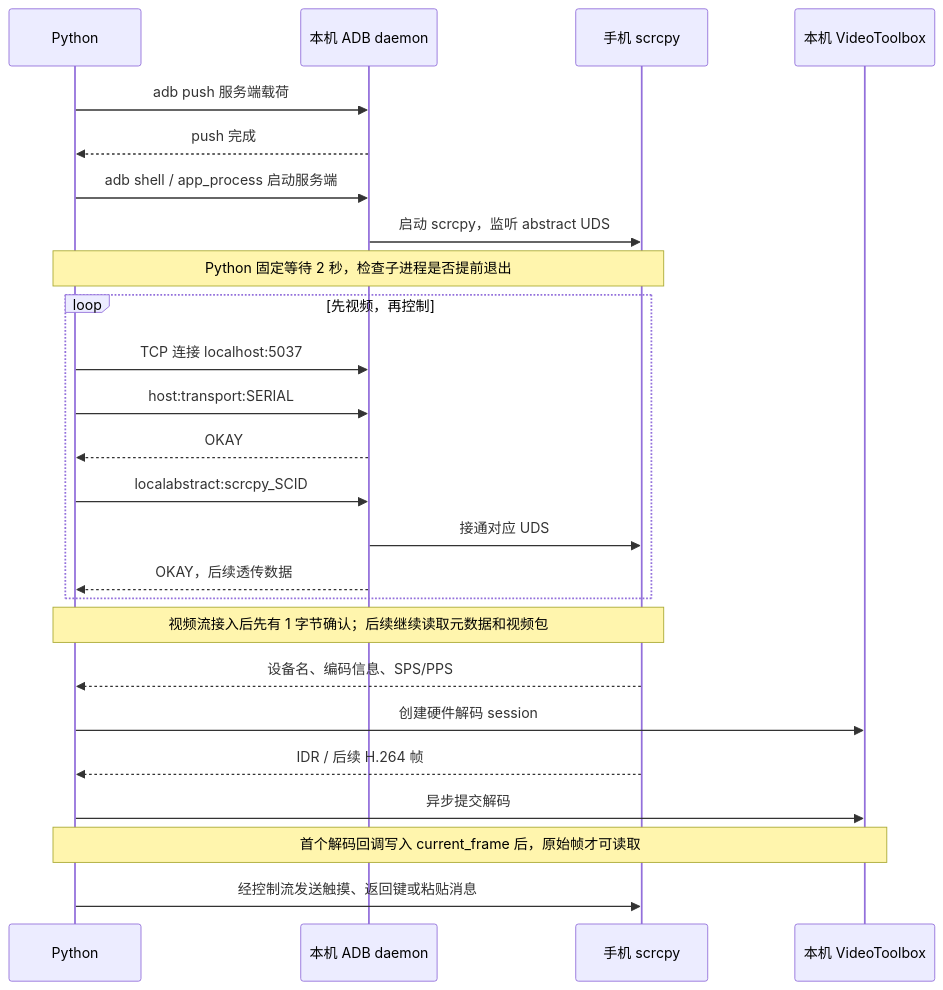
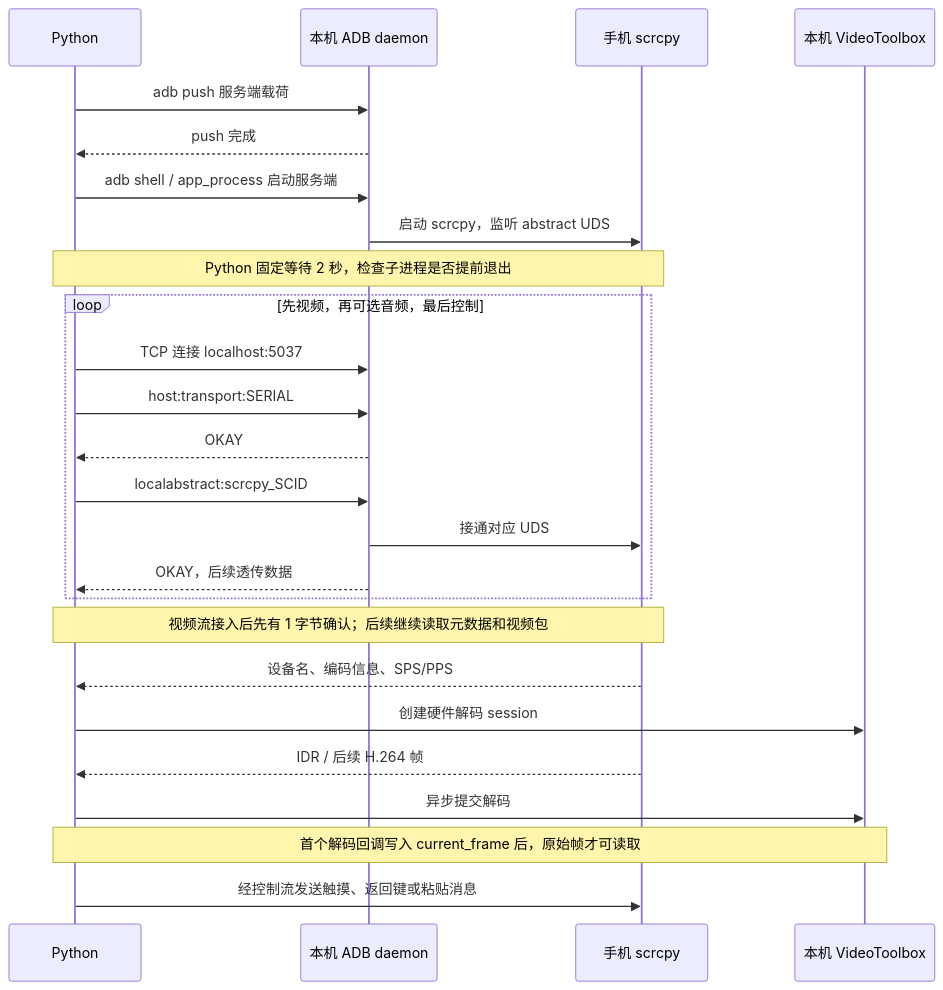
One commit to czf0613/adb_scr_py changed the second of 2 diagrams in docs/control-flow.md. Above: the diagram before and after it, drawn with Mermaid. The commit also changed other lines of this file and 31 other files, not shown here.

````diff
--- a/docs/control-flow.md
+++ b/docs/control-flow.md
@@ -52,27 +52,27 @@
 ```mermaid
 sequenceDiagram
     participant P as Python
     participant A as 本机 ADB daemon
     participant S as 手机 scrcpy
     participant D as 本机 VideoToolbox
     P->>A: adb push 服务端载荷
     A-->>P: push 完成
     P->>A: adb shell / app_process 启动服务端
     A->>S: 启动 scrcpy，监听 abstract UDS
     Note over P,S: Python 固定等待 2 秒，检查子进程是否提前退出
-    loop 先视频，再控制
+    loop 先视频，再可选音频，最后控制
         P->>A: TCP 连接 localhost:5037
         P->>A: host:transport:SERIAL
         A-->>P: OKAY
         P->>A: localabstract:scrcpy_SCID
         A->>S: 接通对应 UDS
         A-->>P: OKAY，后续透传数据
     end
     Note over P,S: 视频流接入后先有 1 字节确认；后续继续读取元数据和视频包
     S-->>P: 设备名、编码信息、SPS/PPS
     P->>D: 创建硬件解码 session
     S-->>P: IDR / 后续 H.264 帧
     P->>D: 异步提交解码
     Note over P,D: 首个解码回调写入 current_frame 后，原始帧才可读取
     P->>S: 经控制流发送触摸、返回键或粘贴消息
 ```
````
